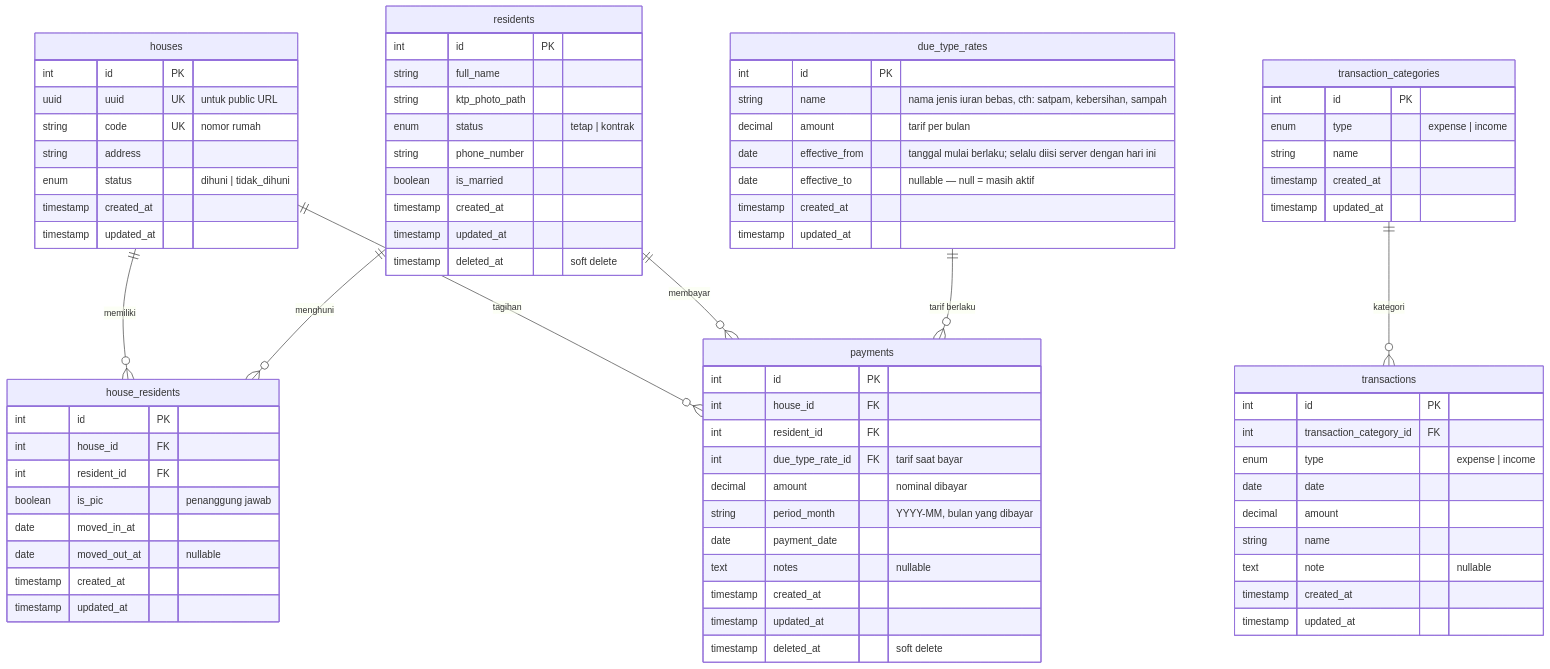
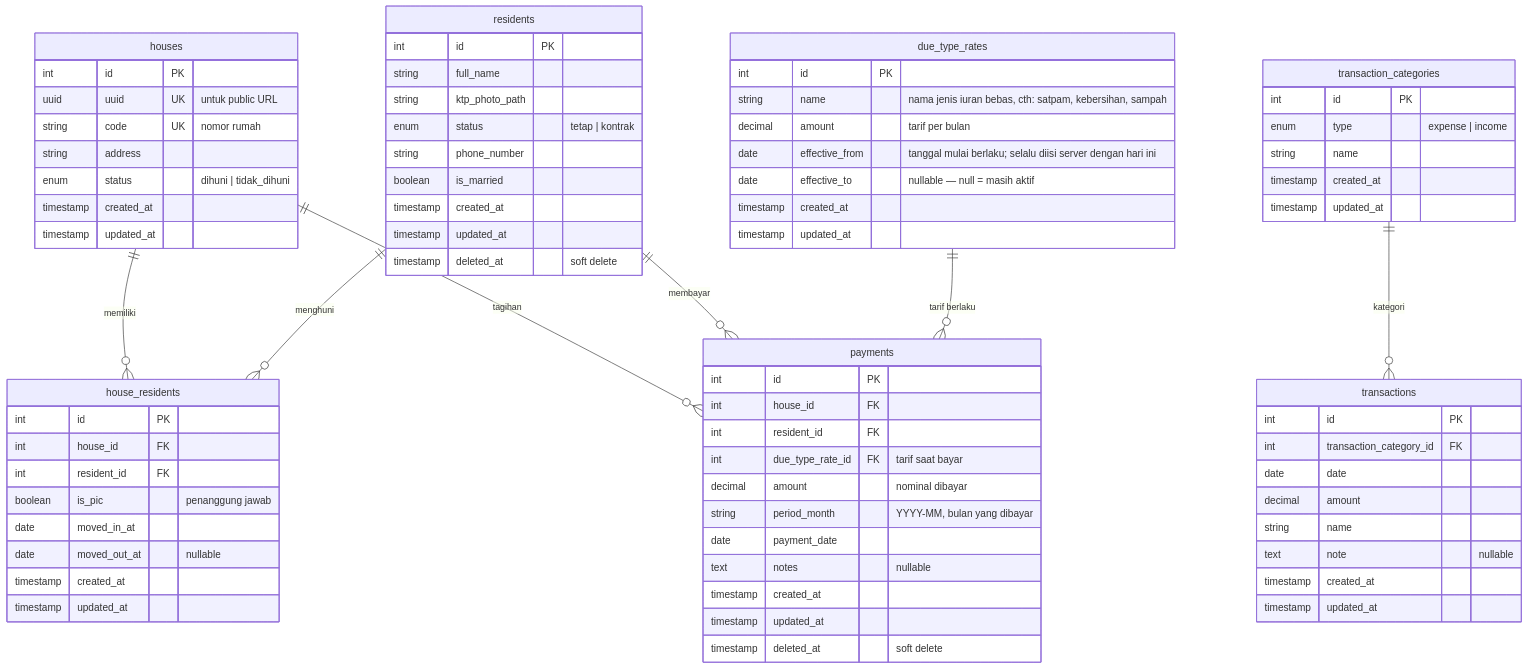
Before and after one commit to zakishaquille/rt-information-system: the diagram in docs/PRD.md, drawn with Mermaid. The commit also changed 21 other files, not shown here.

Commit message:
feat (backend): implement transaction management system including database schema, CRUD API

```diff
--- a/docs/PRD.md
+++ b/docs/PRD.md
@@ -423,7 +423,6 @@
     transactions {
         int id PK
         int transaction_category_id FK
-        enum type "expense | income"
         date date
         decimal amount
         string name
```
